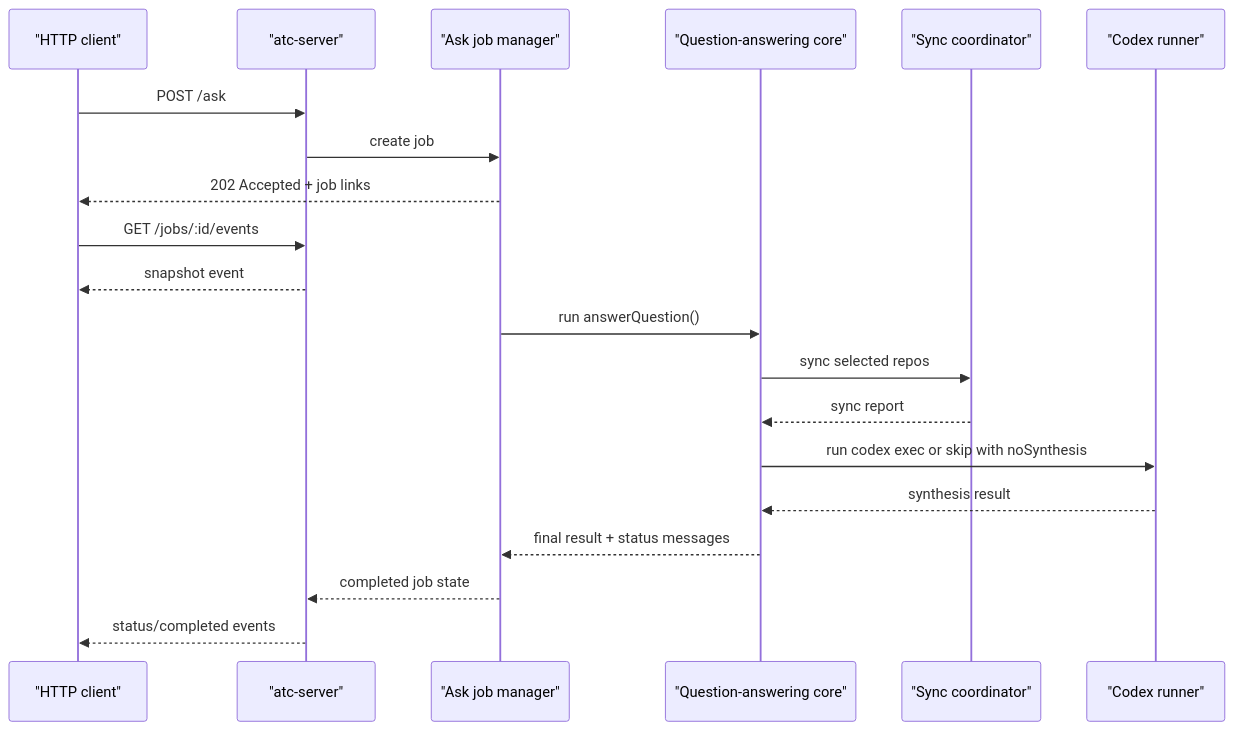
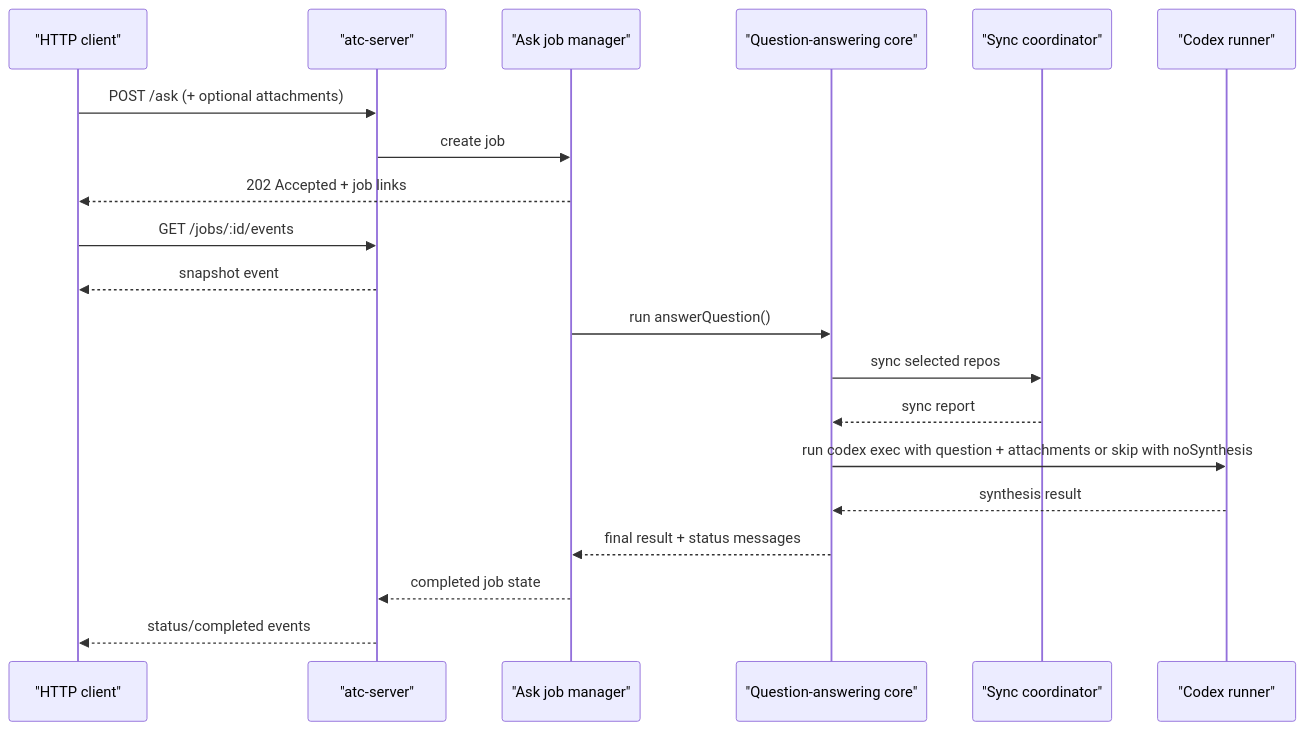
The second of 2 diagrams in specs/architecture.md (leanish/ask-the-code), drawn with Mermaid before and after one commit. The commit also changed other lines of this file and 69 other files, not shown here.

````diff
--- a/specs/architecture.md
+++ b/specs/architecture.md
@@ -50,25 +53,25 @@
 ```mermaid
 sequenceDiagram
   participant Client as "HTTP client"
   participant Server as "atc-server"
   participant Jobs as "Ask job manager"
   participant Core as "Question-answering core"
   participant Sync as "Sync coordinator"
   participant Codex as "Codex runner"
 
-  Client->>Server: POST /ask
+  Client->>Server: POST /ask (+ optional attachments)
   Server->>Jobs: create job
   Jobs-->>Client: 202 Accepted + job links
 
   Client->>Server: GET /jobs/:id/events
   Server-->>Client: snapshot event
 
   Jobs->>Core: run answerQuestion()
   Core->>Sync: sync selected repos
   Sync-->>Core: sync report
-  Core->>Codex: run codex exec or skip with noSynthesis
+  Core->>Codex: run codex exec with question + attachments or skip with noSynthesis
   Codex-->>Core: synthesis result
   Core-->>Jobs: final result + status messages
   Jobs-->>Server: completed job state
   Server-->>Client: status/completed events
 ```
````
